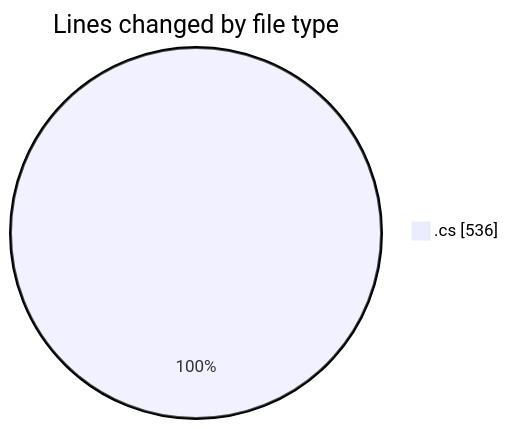
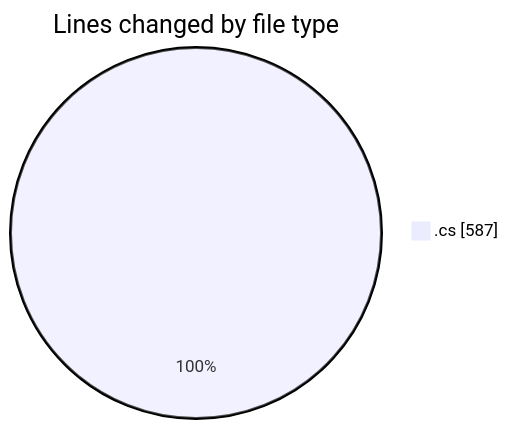
The first of 2 diagrams in 2025-04-02/back-end/README.md (Netris89/code-tracking), drawn with Mermaid before and after one commit. The commit also changed other lines of this file and 1 other file, not shown here.

````diff
--- a/2025-04-02/back-end/README.md
+++ b/2025-04-02/back-end/README.md
@@ -21,5 +22,5 @@
 ```mermaid
 pie showData
 title Lines changed by file type
-".cs" : 536
+".cs" : 587
 ```
````
